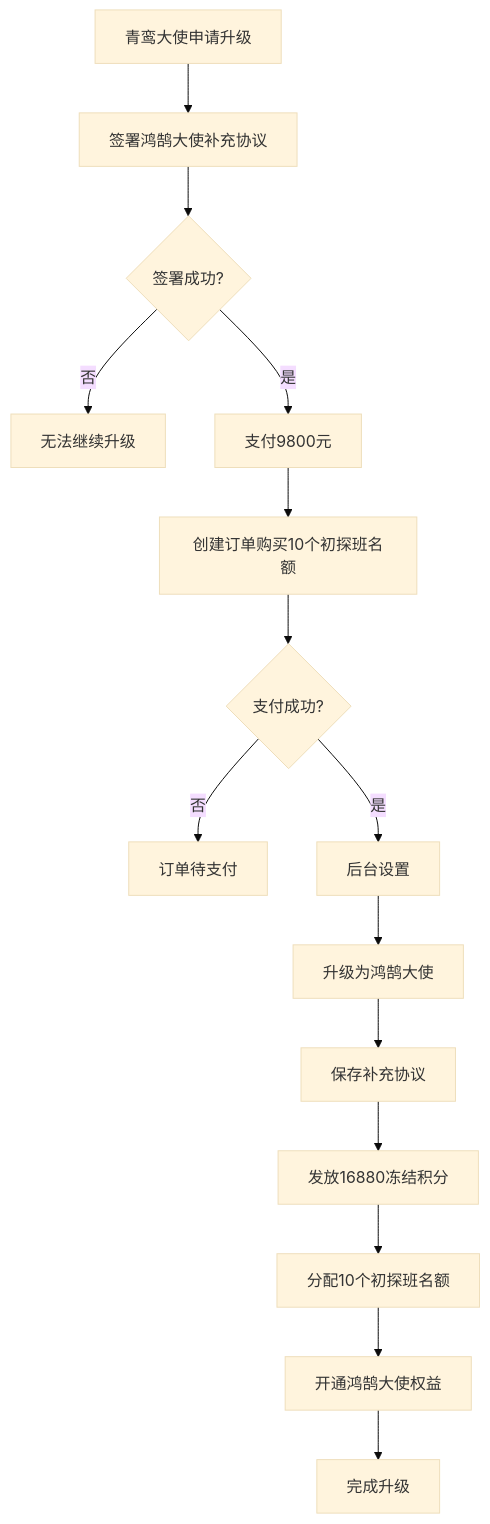
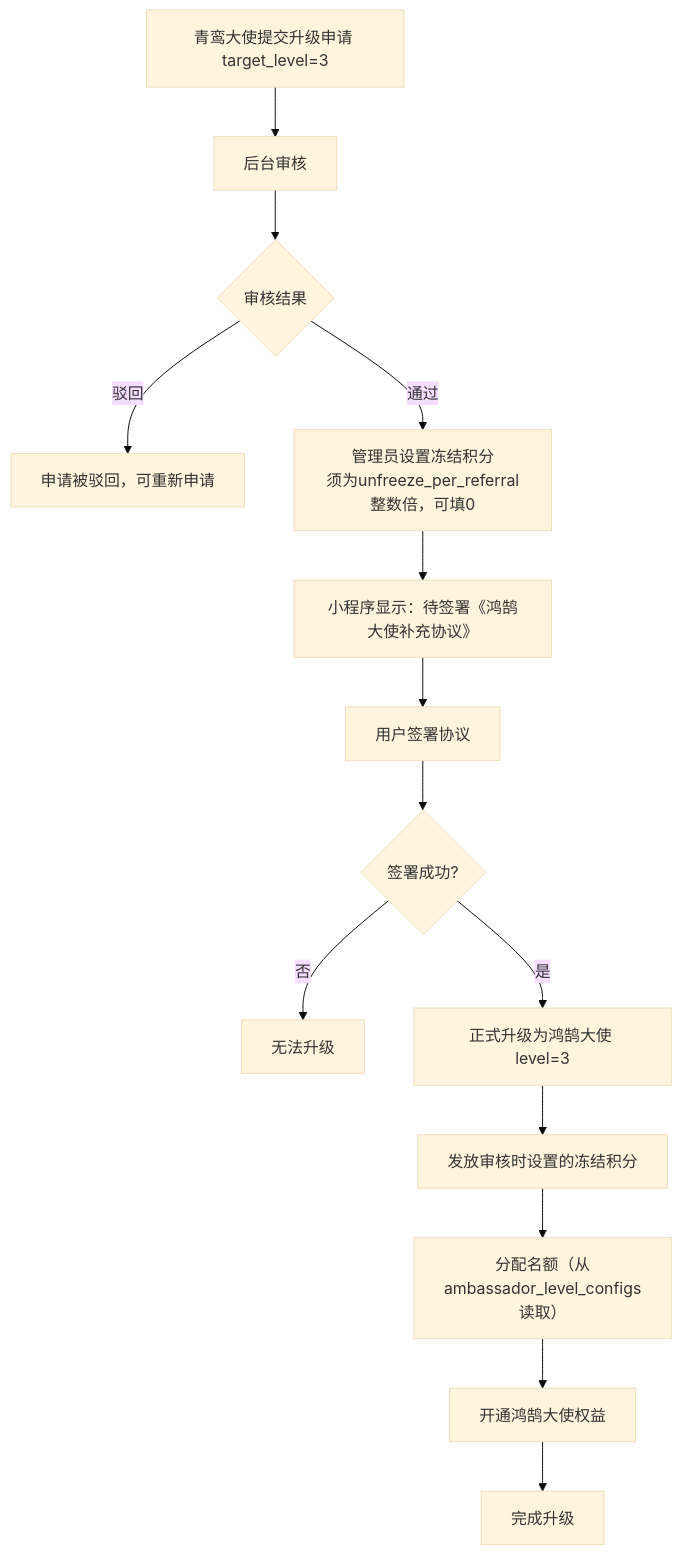
Diagram 11 of 21 in 需求文档-V2.md (richenHe/tiandaowenhua_xcx), drawn with Mermaid (base theme) before and after one commit. The commit also changed other lines of this file and 5686 other files, not shown here.

````diff
--- a/需求文档-V2.md
+++ b/需求文档-V2.md
@@ -1319,17 +1417,16 @@
 ```mermaid
 flowchart TD
-    A[青鸾大使申请升级] --> B[签署鸿鹄大使补充协议]
-    B --> C{签署成功?}
-    C -->|否| D[无法继续升级]
-    C -->|是| E[支付9800元]
-    E --> F[创建订单购买10个初探班名额]
-    F --> G{支付成功?}
-    G -->|否| H[订单待支付]
-    G -->|是| I[后台设置]
-    I --> J[升级为鸿鹄大使]
-    J --> K[保存补充协议]
-    K --> L[发放16880冻结积分]
-    L --> M[分配10个初探班名额]
-    M --> N[开通鸿鹄大使权益]
-    N --> O[完成升级]
+    A[青鸾大使提交升级申请 target_level=3] --> B[后台审核]
+    B --> C{审核结果}
+    C -->|驳回| D[申请被驳回，可重新申请]
+    C -->|通过| E[管理员设置冻结积分<br/>须为unfreeze_per_referral整数倍，可填0]
+    E --> F[小程序显示：待签署《鸿鹄大使补充协议》]
+    F --> G[用户签署协议]
+    G --> H{签署成功?}
+    H -->|否| I[无法升级]
+    H -->|是| J[正式升级为鸿鹄大使 level=3]
+    J --> K[发放审核时设置的冻结积分]
+    K --> L[分配名额（从ambassador_level_configs读取）]
+    L --> M[开通鸿鹄大使权益]
+    M --> N[完成升级]
 ```
````
